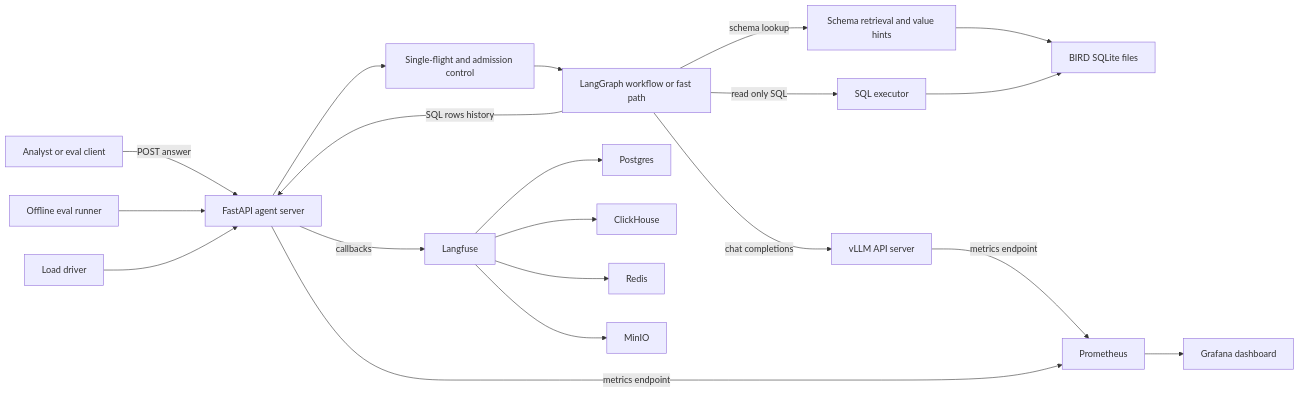
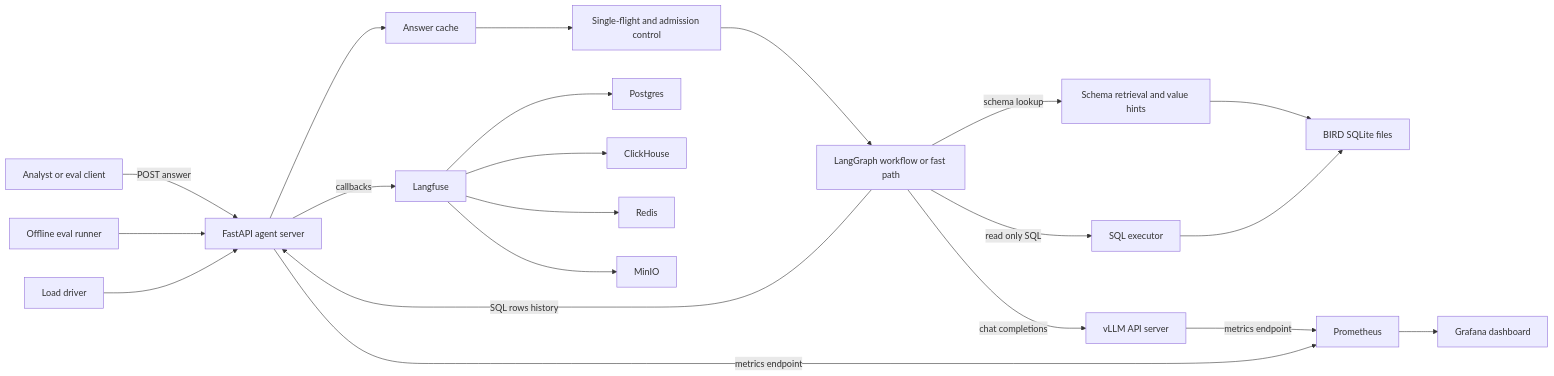
Before and after one commit to khab40/mlops-hw3: the first of 10 diagrams in assets/docs/ARCHITECTURE.md, drawn with Mermaid. The commit also changed other lines of this file and 7 other files, not shown here.

````diff
--- a/assets/docs/ARCHITECTURE.md
+++ b/assets/docs/ARCHITECTURE.md
@@ -11,25 +11,26 @@
 ```mermaid
 flowchart LR
     Analyst["Analyst or eval client"] -->|POST answer| AgentAPI["FastAPI agent server"]
-    AgentAPI --> Gate["Single-flight and admission control"]
+    AgentAPI --> Cache["Answer cache"]
+    Cache --> Gate["Single-flight and admission control"]
     Gate --> Graph["LangGraph workflow or fast path"]
     Graph -->|schema lookup| Schema["Schema retrieval and value hints"]
     Schema --> Bird["BIRD SQLite files"]
     Graph -->|chat completions| VLLM["vLLM API server"]
     Graph -->|read only SQL| Executor["SQL executor"]
     Executor --> Bird
     Graph -->|SQL rows history| AgentAPI
 
     VLLM -->|metrics endpoint| Prometheus["Prometheus"]
     AgentAPI -->|metrics endpoint| Prometheus
     Prometheus --> Grafana["Grafana dashboard"]
 
     AgentAPI -->|callbacks| Langfuse["Langfuse"]
     Langfuse --> Postgres["Postgres"]
     Langfuse --> ClickHouse["ClickHouse"]
     Langfuse --> Redis["Redis"]
     Langfuse --> MinIO["MinIO"]
 
     EvalRunner["Offline eval runner"] --> AgentAPI
     LoadDriver["Load driver"] --> AgentAPI
 ```
````
